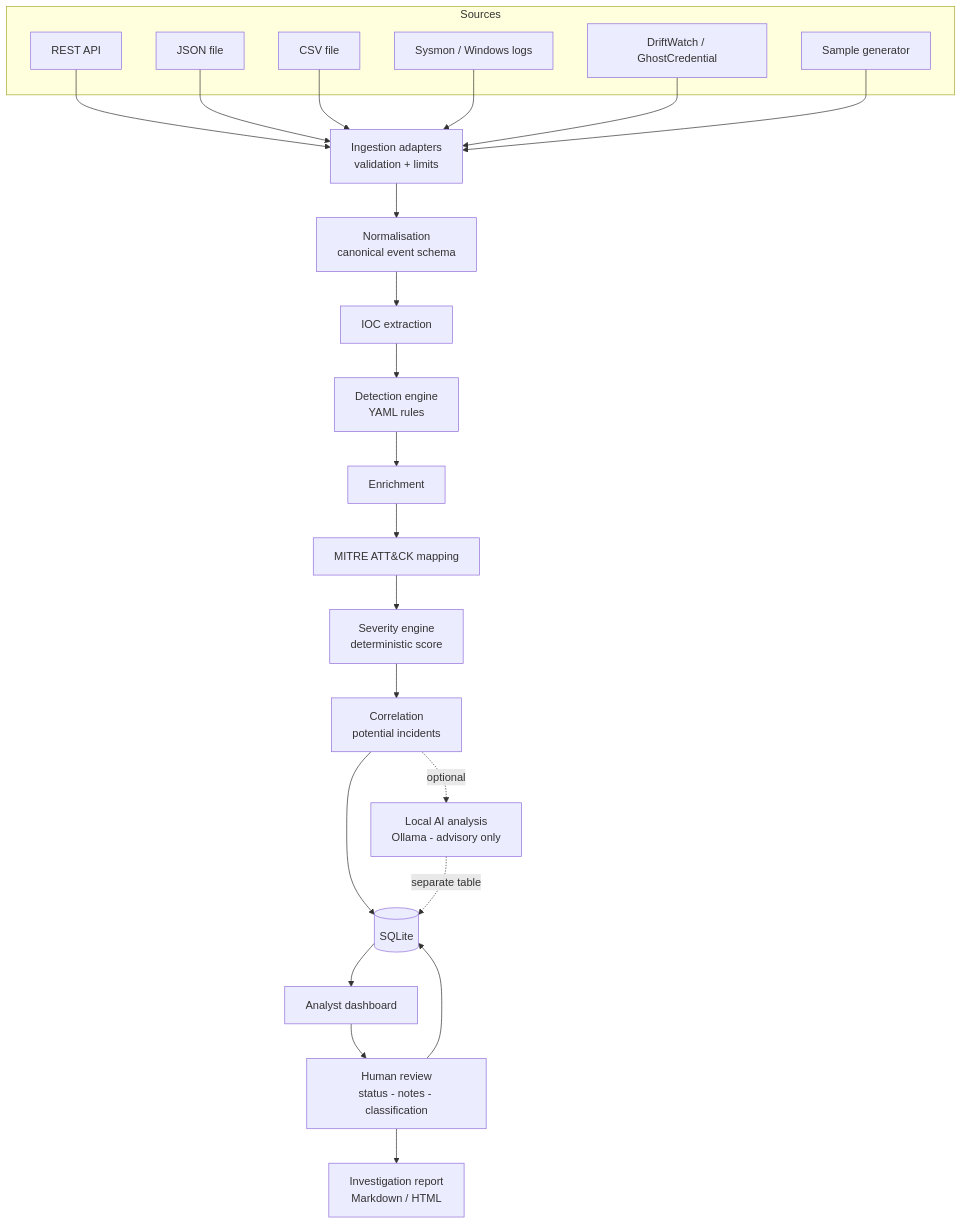
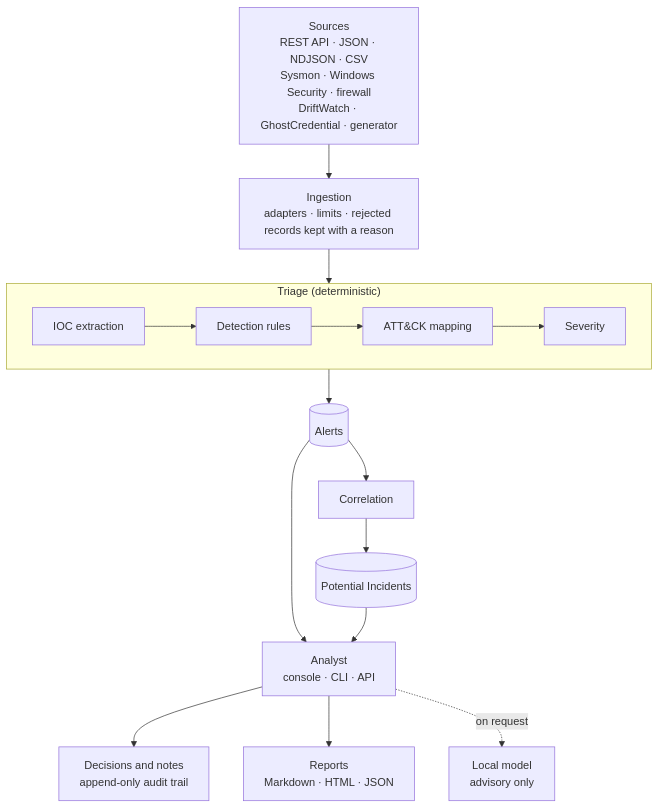
Before and after one commit to mpk201036/SentinelFlow: the diagram in README.md, drawn with Mermaid. The commit also changed other lines of this file and 30 other files, not shown here.

````diff
--- a/README.md
+++ b/README.md
@@ -57,29 +109,18 @@
 ```mermaid
 flowchart TD
-    subgraph Sources
-        A1[REST API]
-        A2[JSON file]
-        A3[CSV file]
-        A4[Sysmon / Windows logs]
-        A5[DriftWatch / GhostCredential]
-        A6[Sample generator]
+    SRC["Sources<br/>REST API · JSON · NDJSON · CSV<br/>Sysmon · Windows Security · firewall<br/>DriftWatch · GhostCredential · generator"]
+    SRC --> ING["Ingestion<br/>adapters · limits · rejected records kept with a reason"]
+    ING --> TRI
+
+    subgraph TRI["Triage (deterministic)"]
+        direction LR
+        X["IOC extraction"] --> D["Detection rules"] --> M["ATT&CK mapping"] --> S["Severity"]
     end
 
-    A1 & A2 & A3 & A4 & A5 & A6 --> B[Ingestion adapters<br/>validation + limits]
-    B --> C[Normalisation<br/>canonical event schema]
-    C --> D[IOC extraction]
-    D --> E[Detection engine<br/>YAML rules]
-    E --> F[Enrichment]
-    F --> G[MITRE ATT&CK mapping]
-    G --> H[Severity engine<br/>deterministic score]
-    H --> I[Correlation<br/>potential incidents]
-    I --> DB[(SQLite)]
-
-    I -.optional.-> J[Local AI analysis<br/>Ollama - advisory only]
-    J -.separate table.-> DB
-
-    DB --> K[Analyst dashboard]
-    K --> L[Human review<br/>status - notes - classification]
-    L --> M[Investigation report<br/>Markdown / HTML]
-    L --> DB
+    TRI --> AL[("Alerts")]
+    AL --> COR["Correlation"] --> INC[("Potential Incidents")]
+    AL & INC --> UI["Analyst<br/>console · CLI · API"]
+    UI --> DEC["Decisions and notes<br/>append-only audit trail"]
+    UI --> REP["Reports<br/>Markdown · HTML · JSON"]
+    UI -.->|on request| AI["Local model<br/>advisory only"]
 ```
````
